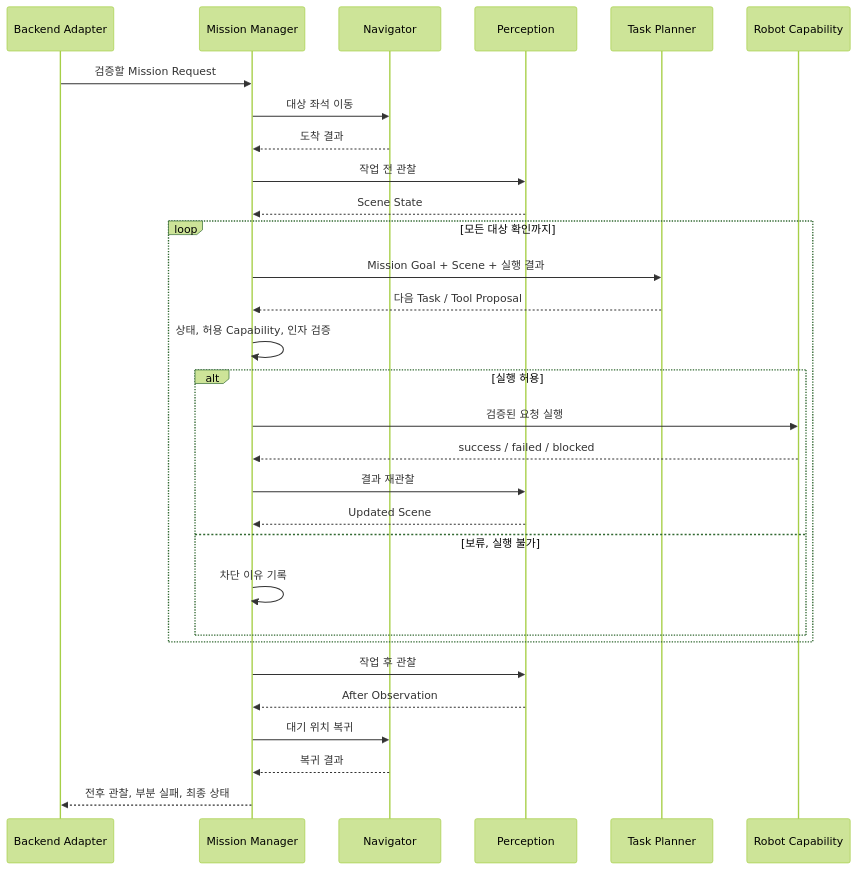
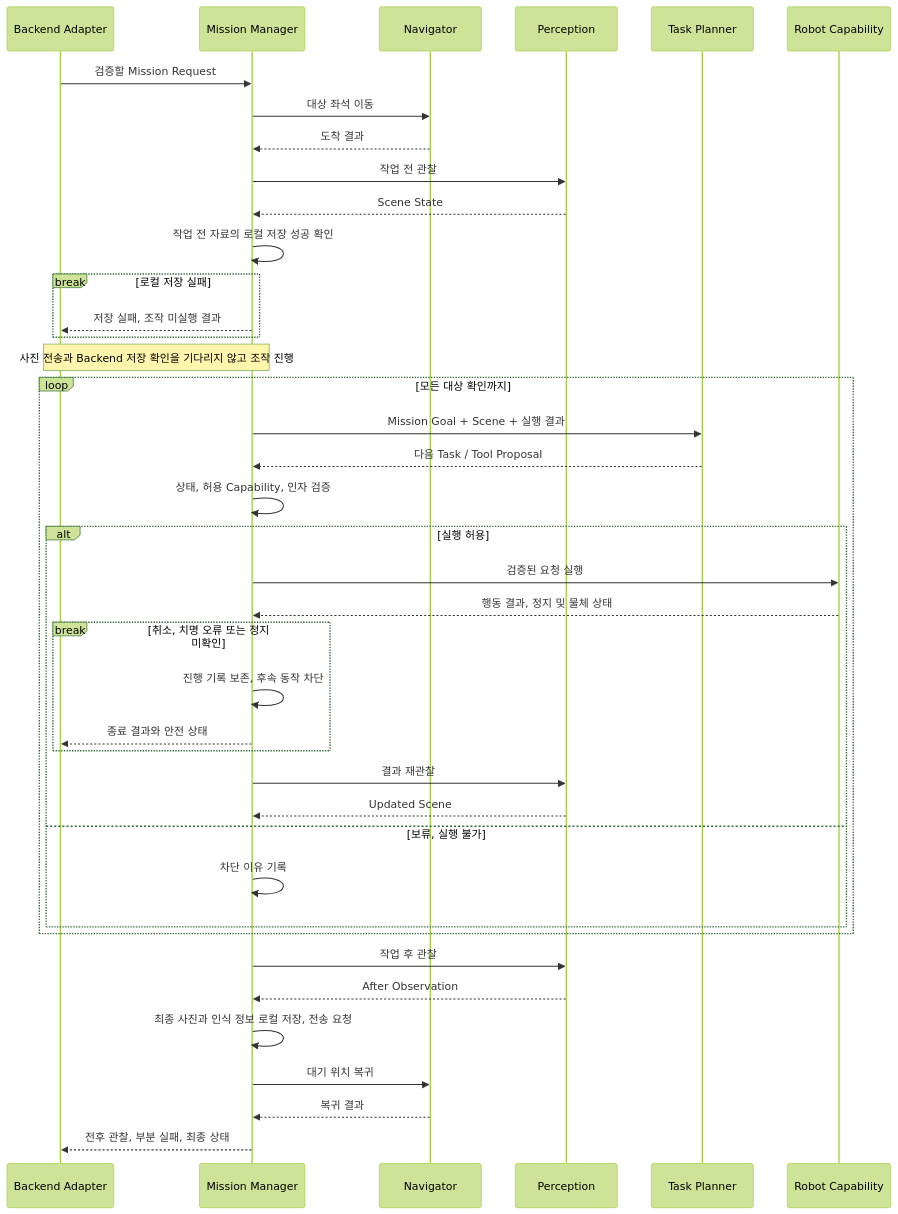
One commit to asm17-moving-agent/cleany-docs changed the diagram in 20_TECHNICAL/09 - Mission Lifecycle.md. Above: the diagram before and after it, drawn with Mermaid (forest theme). The commit also changed other lines of this file and 21 other files, not shown here.

````diff
--- a/20_TECHNICAL/09 - Mission Lifecycle.md
+++ b/20_TECHNICAL/09 - Mission Lifecycle.md
@@ -15,35 +15,45 @@
 ```mermaid
 sequenceDiagram
     participant Control as Backend Adapter
     participant Mission as Mission Manager
     participant Nav as Navigator
     participant Perception
     participant Planner as Task Planner
     participant Capability as Robot Capability
 
     Control->>Mission: 검증할 Mission Request
     Mission->>Nav: 대상 좌석 이동
     Nav-->>Mission: 도착 결과
     Mission->>Perception: 작업 전 관찰
     Perception-->>Mission: Scene State
+    Mission->>Mission: 작업 전 자료의 로컬 저장 성공 확인
+    break 로컬 저장 실패
+        Mission-->>Control: 저장 실패, 조작 미실행 결과
+    end
+    Note over Mission, Control: 사진 전송과 Backend 저장 확인을 기다리지 않고 조작 진행
 
     loop 모든 대상 확인까지
         Mission->>Planner: Mission Goal + Scene + 실행 결과
         Planner-->>Mission: 다음 Task / Tool Proposal
         Mission->>Mission: 상태, 허용 Capability, 인자 검증
         alt 실행 허용
             Mission->>Capability: 검증된 요청 실행
-            Capability-->>Mission: success / failed / blocked
+            Capability-->>Mission: 행동 결과, 정지 및 물체 상태
+            break 취소, 치명 오류 또는 정지 미확인
+                Mission->>Mission: 진행 기록 보존, 후속 동작 차단
+                Mission-->>Control: 종료 결과와 안전 상태
+            end
             Mission->>Perception: 결과 재관찰
             Perception-->>Mission: Updated Scene
         else 보류, 실행 불가
             Mission->>Mission: 차단 이유 기록
         end
     end
 
     Mission->>Perception: 작업 후 관찰
     Perception-->>Mission: After Observation
+    Mission->>Mission: 최종 사진과 인식 정보 로컬 저장, 전송 요청
     Mission->>Nav: 대기 위치 복귀
     Nav-->>Mission: 복귀 결과
     Mission-->>Control: 전후 관찰, 부분 실패, 최종 상태
 ```
````
